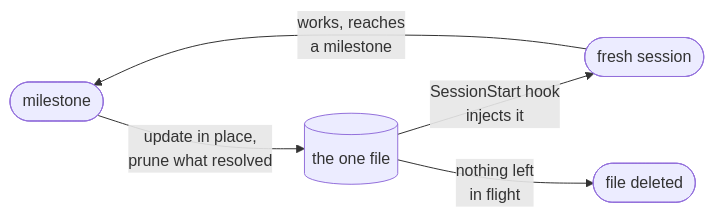
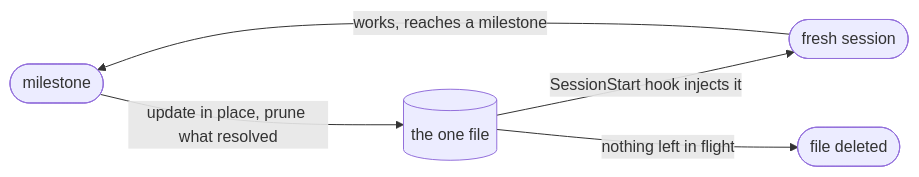
One commit to adrrr/persistent-handoff changed the diagram in README.md. Above: the diagram before and after it, drawn with Mermaid. The commit also changed other lines of this file and 12 other files, not shown here.

````diff
--- a/README.md
+++ b/README.md
@@ -32,7 +75,7 @@
 ```mermaid
 flowchart LR
-    M([milestone]) -- "update in place,\nprune what resolved" --> H[(the one file)]
-    H -- "SessionStart hook\ninjects it" --> S([fresh session])
-    S -- "works, reaches\na milestone" --> M
-    H -- "nothing left\nin flight" --> X([file deleted])
+    M([milestone]) -- "update in place, prune what resolved" --> H[(the one file)]
+    H -- "SessionStart hook injects it" --> S([fresh session])
+    S -- "works, reaches a milestone" --> M
+    H -- "nothing left in flight" --> X([file deleted])
 ```
````
